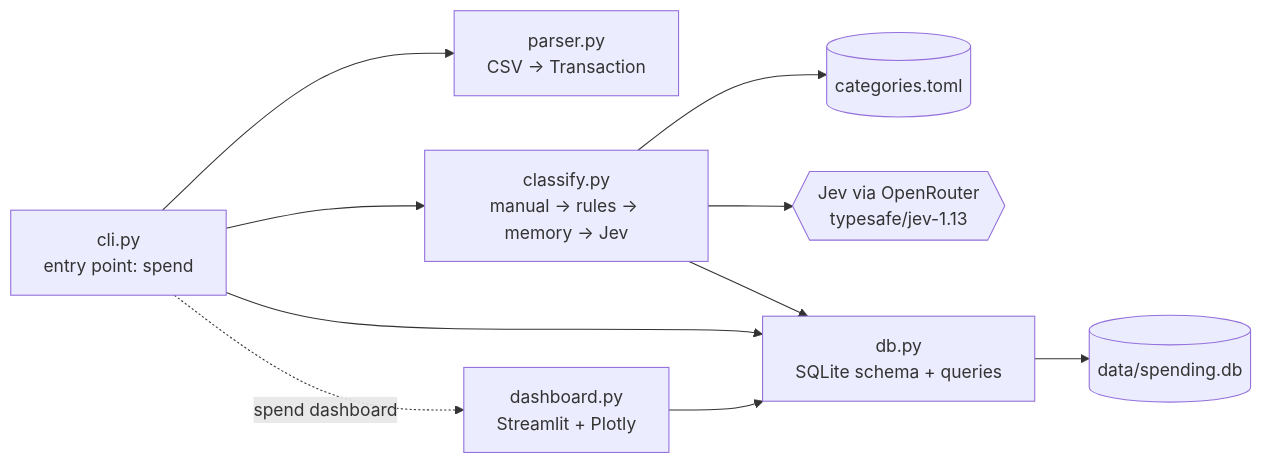
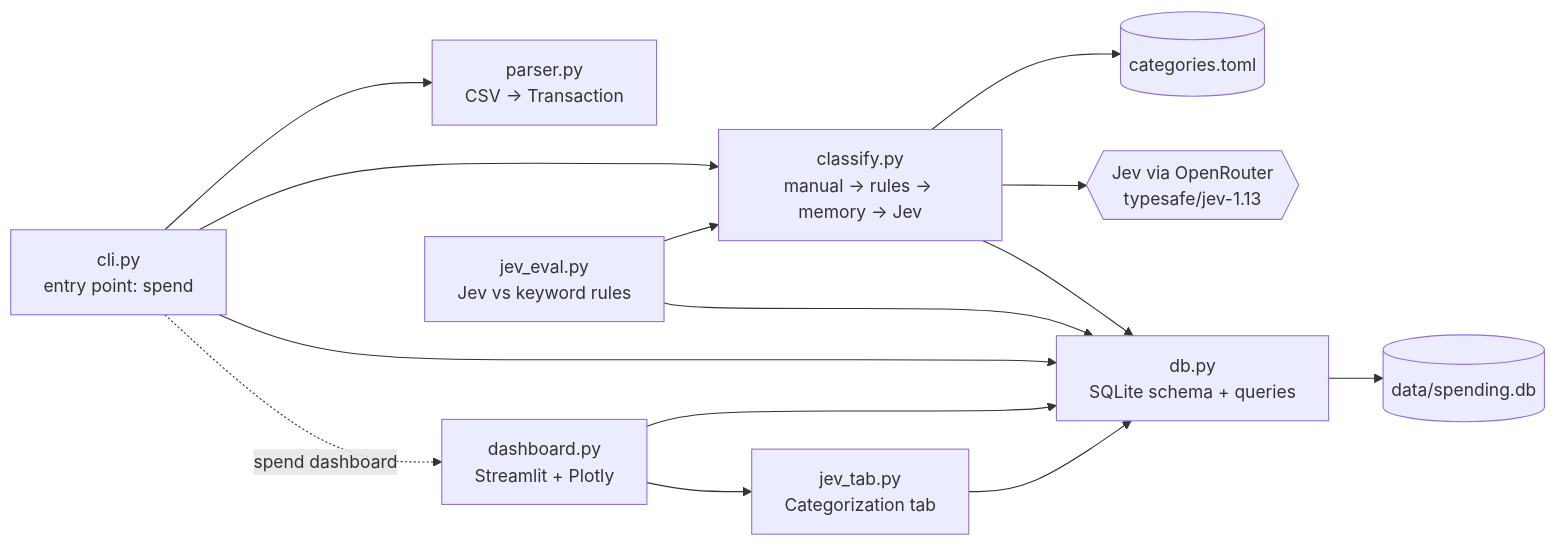
One commit to alessandrofelici/spending-tracker changed the second of 6 diagrams in STRUCTURE.md. Above: the diagram before and after it, drawn with Mermaid. The commit also changed other lines of this file and 9 other files, not shown here.

First line of the commit message:
feat: jev review: explainer, latency, agreement eval and categorization tab (#9)

````diff
--- a/STRUCTURE.md
+++ b/STRUCTURE.md
@@ -93,21 +99,27 @@
 ```mermaid
 flowchart LR
     cli["cli.py<br/>entry point: spend"]
     parser["parser.py<br/>CSV → Transaction"]
     classify["classify.py<br/>manual → rules → memory → Jev"]
     db["db.py<br/>SQLite schema + queries"]
     dash["dashboard.py<br/>Streamlit + Plotly"]
+    jevtab["jev_tab.py<br/>Categorization tab"]
+    jeval["jev_eval.py<br/>Jev vs keyword rules"]
     toml[("categories.toml")]
     sqlite[("data/spending.db")]
     llm{{"Jev via OpenRouter<br/>typesafe/jev-1.13"}}
 
     cli --> parser
     cli --> classify
     cli --> db
     cli -. "spend dashboard" .-> dash
     classify --> toml
     classify --> llm
     classify --> db
     dash --> db
+    dash --> jevtab
+    jevtab --> db
+    jeval --> classify
+    jeval --> db
     db --> sqlite
 ```
````
